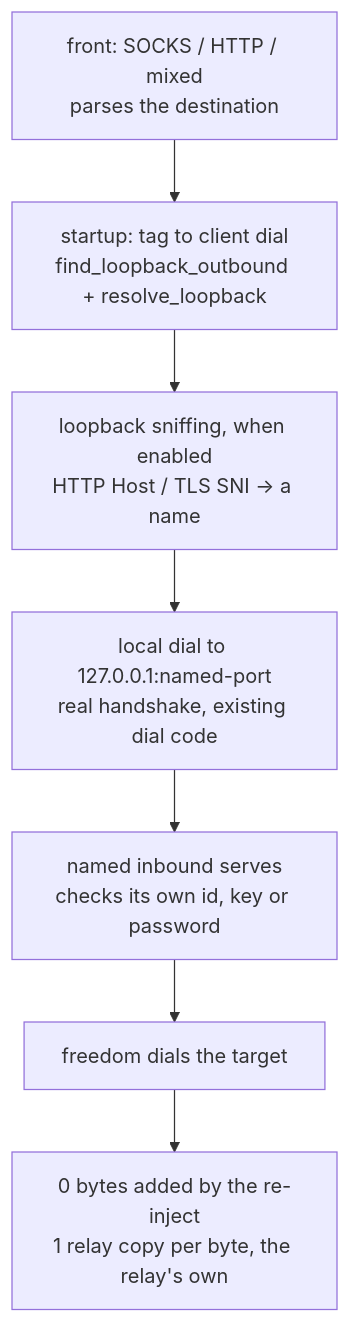
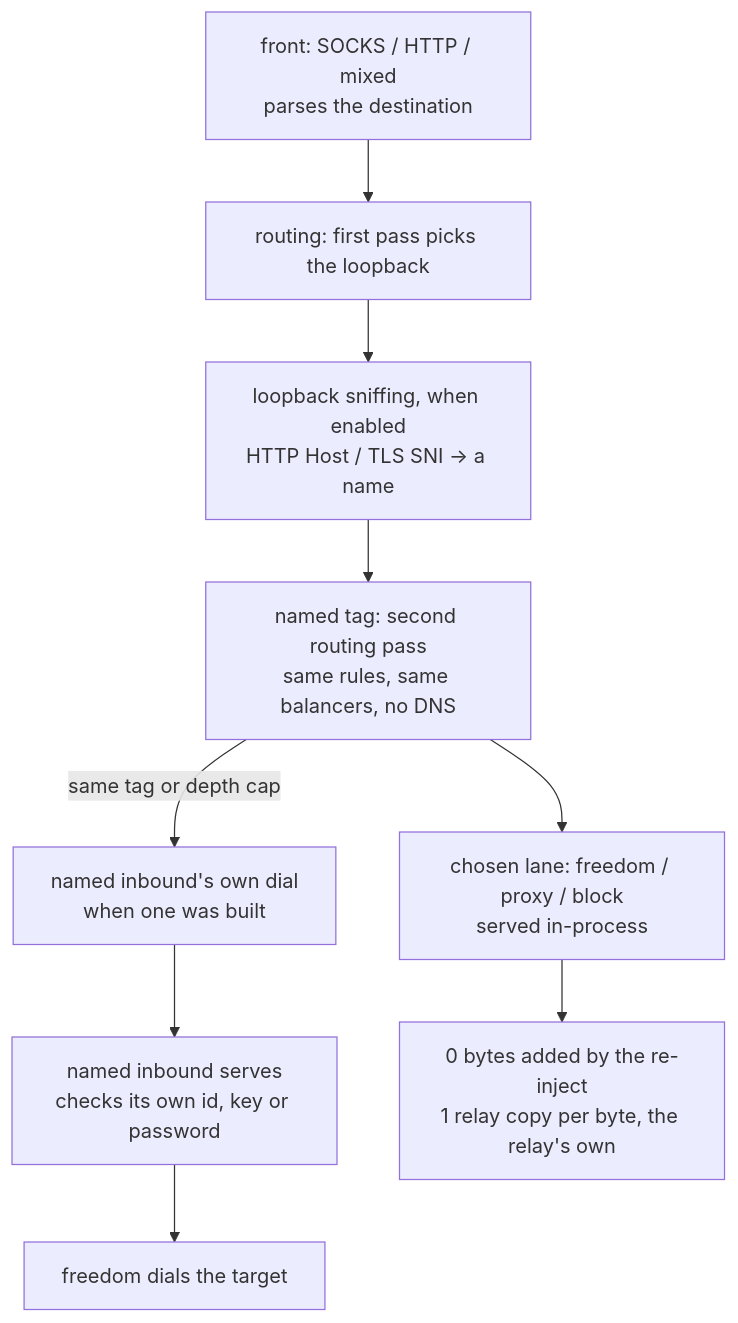
The diagram in docs/function/loopback.md (Ferrocite/ferrox), drawn with Mermaid before and after one commit. The commit also changed other lines of this file and 8 other files, not shown here.

Commit message:
loopback: run the named inbound's second routing pass (row 30)

````diff
--- a/docs/function/loopback.md
+++ b/docs/function/loopback.md
@@ -11,9 +13,11 @@
 ```mermaid
 graph TD
-    C["front: SOCKS / HTTP / mixed<br/>parses the destination"] --> R["startup: tag to client dial<br/>find_loopback_outbound + resolve_loopback"]
+    C["front: SOCKS / HTTP / mixed<br/>parses the destination"] --> R["routing: first pass picks the loopback"]
     R --> N["loopback sniffing, when enabled<br/>HTTP Host / TLS SNI → a name"]
-    N --> L["local dial to 127.0.0.1:named-port<br/>real handshake, existing dial code"]
-    L --> S["named inbound serves<br/>checks its own id, key or password"]
+    N --> P["named tag: second routing pass<br/>same rules, same balancers, no DNS"]
+    P --> O["chosen lane: freedom / proxy / block<br/>served in-process"]
+    P -->|same tag or depth cap| D["named inbound's own dial<br/>when one was built"]
+    D --> S["named inbound serves<br/>checks its own id, key or password"]
     S --> F["freedom dials the target"]
-    F --> Z["0 bytes added by the re-inject<br/>1 relay copy per byte, the relay's own"]
+    O --> Z["0 bytes added by the re-inject<br/>1 relay copy per byte, the relay's own"]
 ```
````
